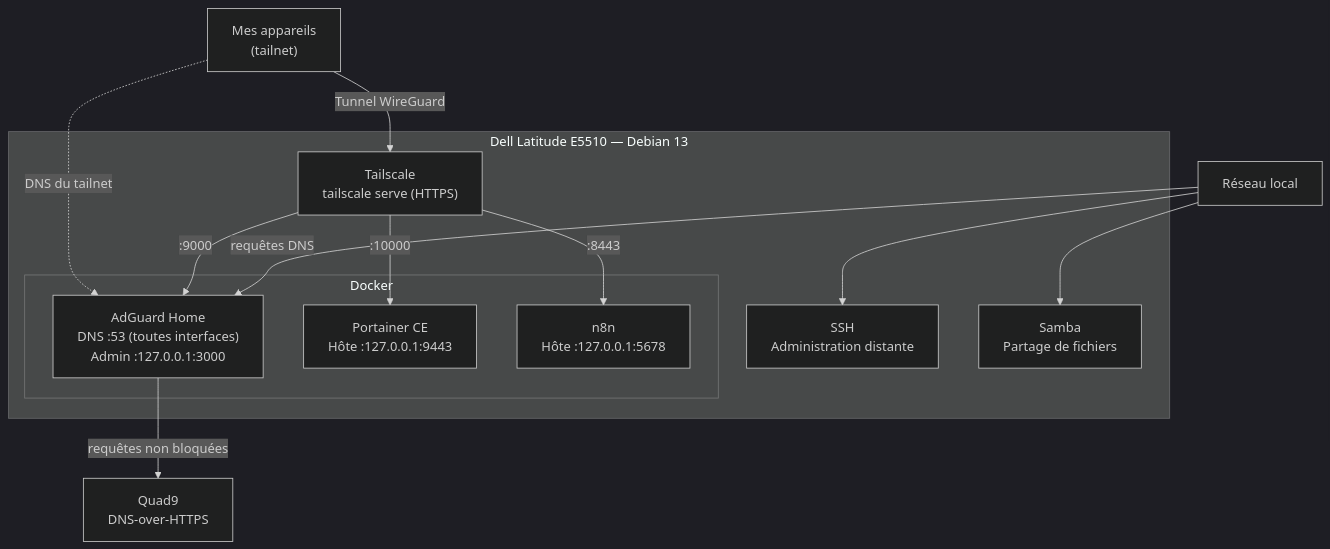
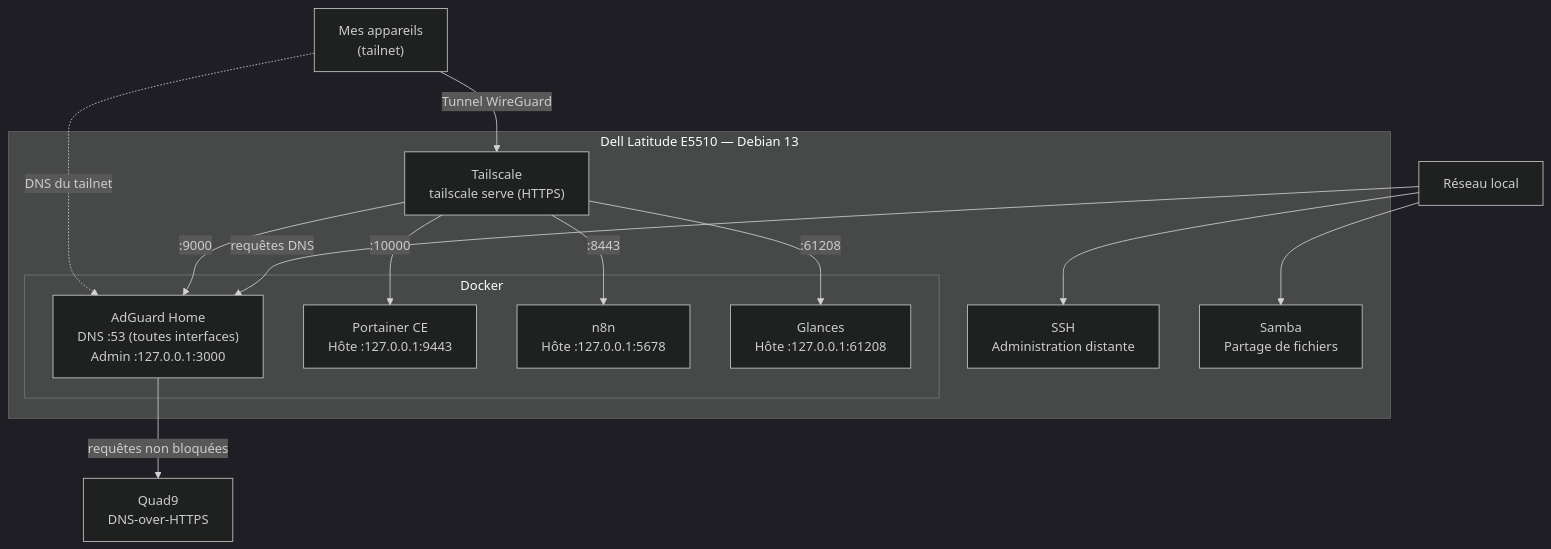
The diagram in docs/architecture.md (SkorpioZzZ/homelab-infrastructure), drawn with Mermaid (dark theme) before and after one commit. The commit also changed other lines of this file and 2 other files, not shown here.

Commit message:
fix: restrict glances to loopback, serve it via tailscale

````diff
--- a/docs/architecture.md
+++ b/docs/architecture.md
@@ -55,28 +54,30 @@
 ```mermaid
 flowchart TB
     LAN["Réseau local"]
 
     subgraph HOST["Dell Latitude E5510 — Debian 13"]
         SSH["SSH<br/>Administration distante"]
         SAMBA["Samba<br/>Partage de fichiers"]
         TS["Tailscale<br/>tailscale serve (HTTPS)"]
 
         subgraph DOCKER["Docker"]
             ADGUARD["AdGuard Home<br/>DNS :53 (toutes interfaces)<br/>Admin :127.0.0.1:3000"]
             PORTAINER["Portainer CE<br/>Hôte :127.0.0.1:9443"]
             N8N["n8n<br/>Hôte :127.0.0.1:5678"]
+            GLANCES["Glances<br/>Hôte :127.0.0.1:61208"]
         end
     end
 
     QUAD9["Quad9<br/>DNS-over-HTTPS"]
 
     LAN --> SSH
     LAN --> SAMBA
     LAN -- "requêtes DNS" --> ADGUARD
     APPAREILS["Mes appareils<br/>(tailnet)"] -- "Tunnel WireGuard" --> TS
     TS -- ":9000" --> ADGUARD
     TS -- ":8443" --> N8N
     TS -- ":10000" --> PORTAINER
+    TS -- ":61208" --> GLANCES
     APPAREILS -. "DNS du tailnet" .-> ADGUARD
     ADGUARD -- "requêtes non bloquées" --> QUAD9
 ```
````
